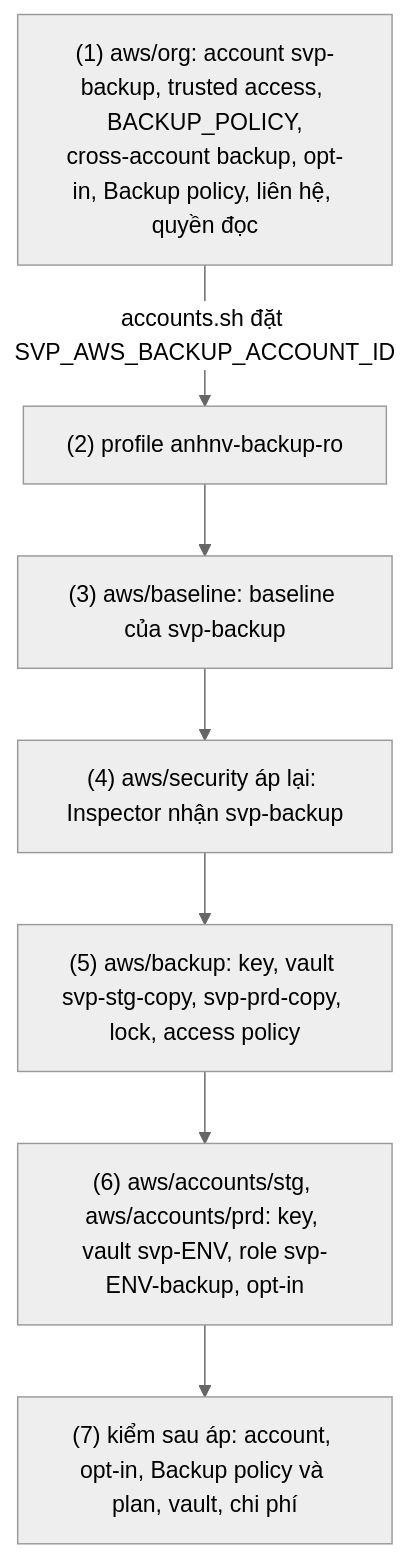
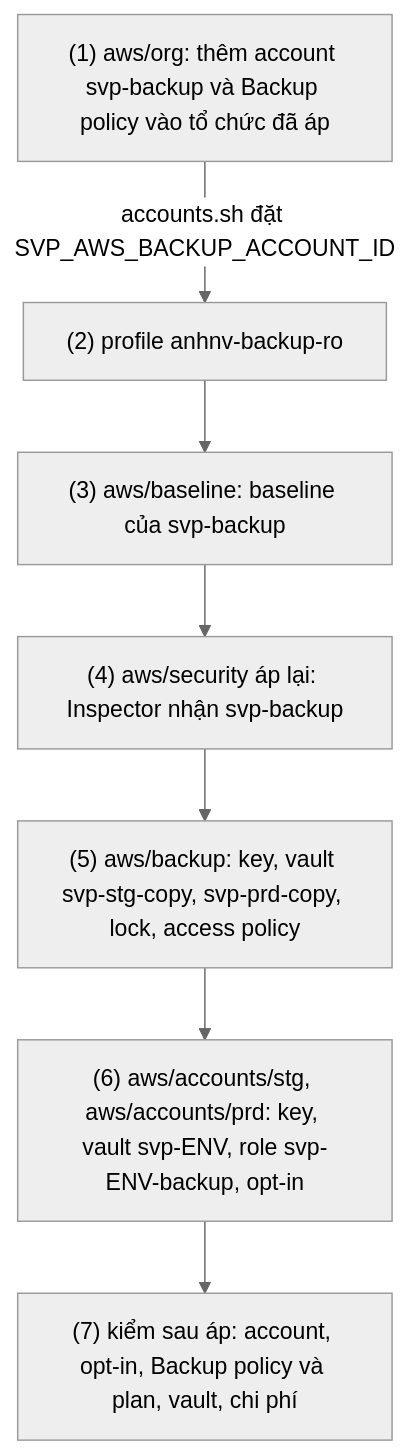
Before and after one commit to anhnvcoder/svp-infra: the diagram in docs/runbooks/backup-setup.md, drawn with Mermaid (neutral theme). The commit also changed other lines of this file and 3 other files, not shown here.

````diff
--- a/docs/runbooks/backup-setup.md
+++ b/docs/runbooks/backup-setup.md
@@ -17,11 +17,11 @@
 ```mermaid
 flowchart TD
-  B1["(1) aws/org: account svp-backup, trusted access, BACKUP_POLICY,<br/>cross-account backup, opt-in, Backup policy, liên hệ, quyền đọc"]
+  B1["(1) aws/org: thêm account svp-backup và Backup policy vào tổ chức đã áp"]
   B1 -->|accounts.sh đặt SVP_AWS_BACKUP_ACCOUNT_ID| B2
   B2["(2) profile anhnv-backup-ro"] --> B3
   B3["(3) aws/baseline: baseline của svp-backup"] --> B4
   B4["(4) aws/security áp lại: Inspector nhận svp-backup"] --> B5
   B5["(5) aws/backup: key, vault svp-stg-copy, svp-prd-copy, lock, access policy"] --> B6
   B6["(6) aws/accounts/stg, aws/accounts/prd: key, vault svp-ENV, role svp-ENV-backup, opt-in"] --> B7
   B7["(7) kiểm sau áp: account, opt-in, Backup policy và plan, vault, chi phí"]
 ```
````
